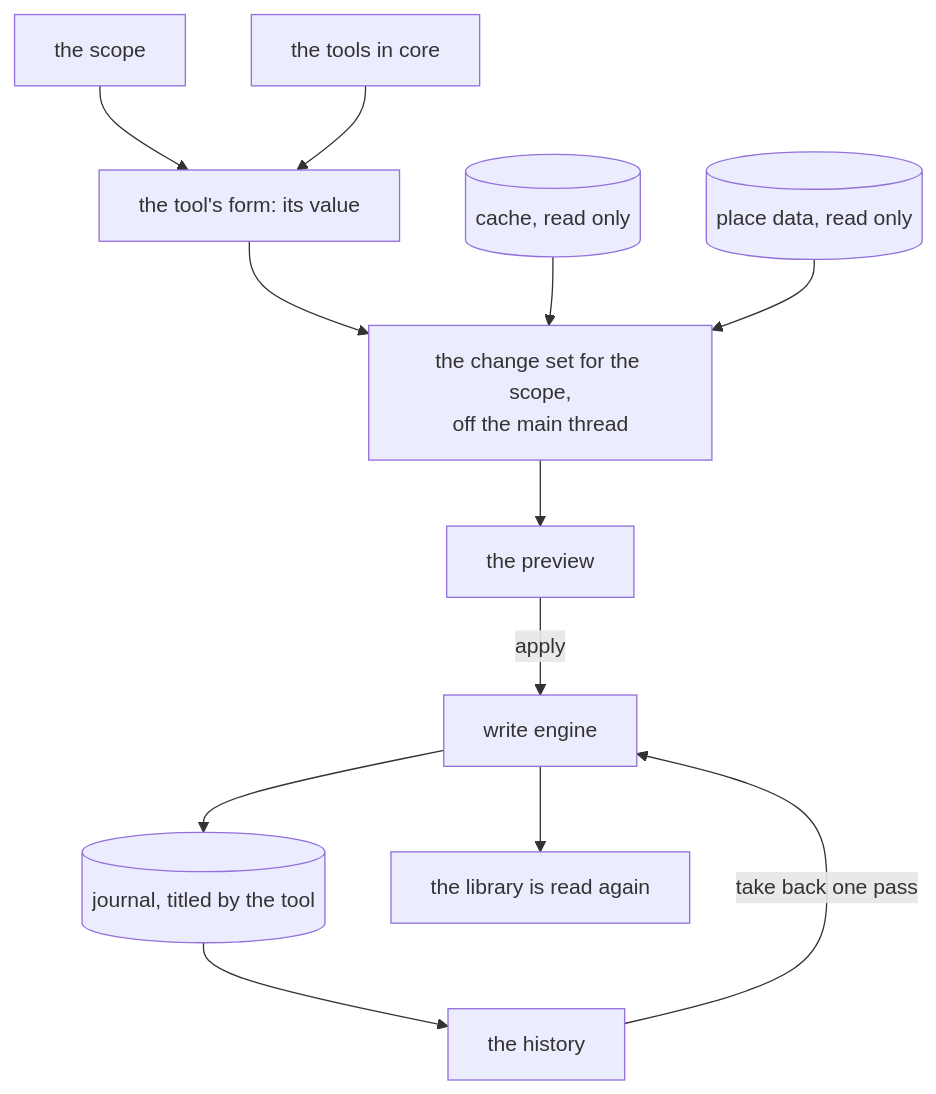
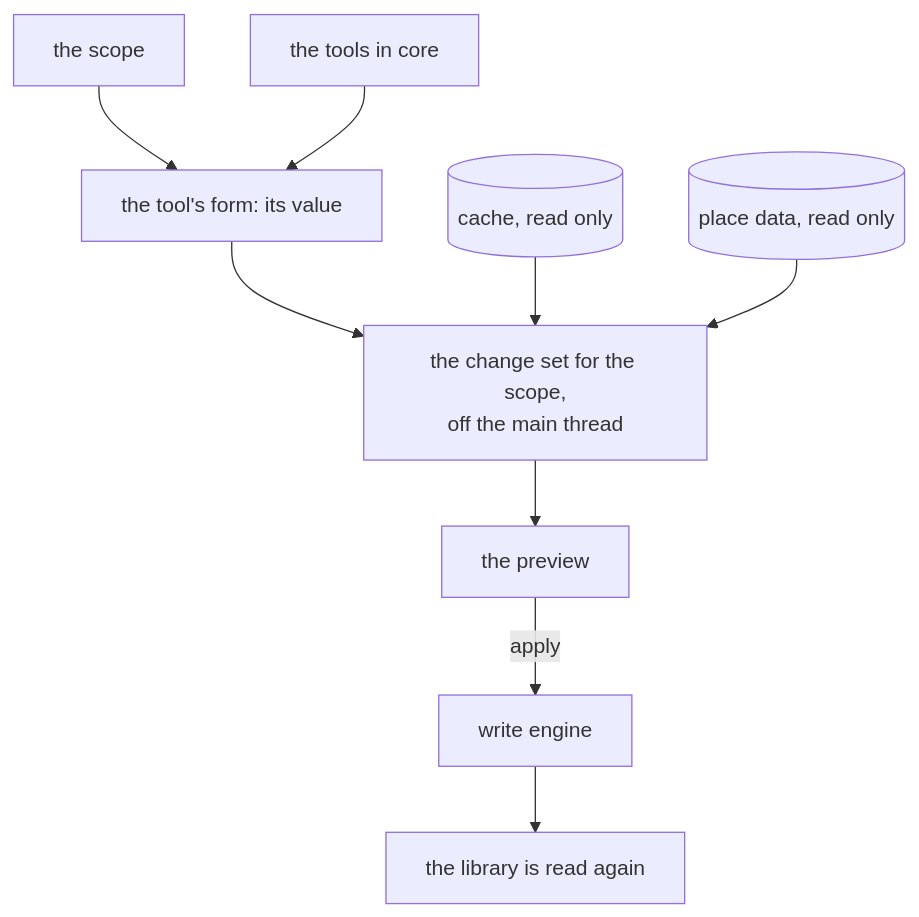
The first of 2 diagrams in docs/tools.md (xuedi/photoManager), drawn with Mermaid before and after one commit. The commit also changed other lines of this file and 9 other files, not shown here.

````diff
--- a/docs/tools.md
+++ b/docs/tools.md
@@ -29,14 +29,11 @@
 ```mermaid
 flowchart TD
     scope[the scope] --> form
     list[the tools in core] --> form[the tool's form: its value]
     form --> build[the change set for the scope,<br/>off the main thread]
     cache[(cache, read only)] --> build
     geo[(place data, read only)] --> build
     build --> preview[the preview]
     preview -- apply --> engine[write engine]
-    engine --> journal[(journal, titled by the tool)]
     engine --> scan[the library is read again]
-    journal --> history[the history]
-    history -- take back one pass --> engine
 ```
````
